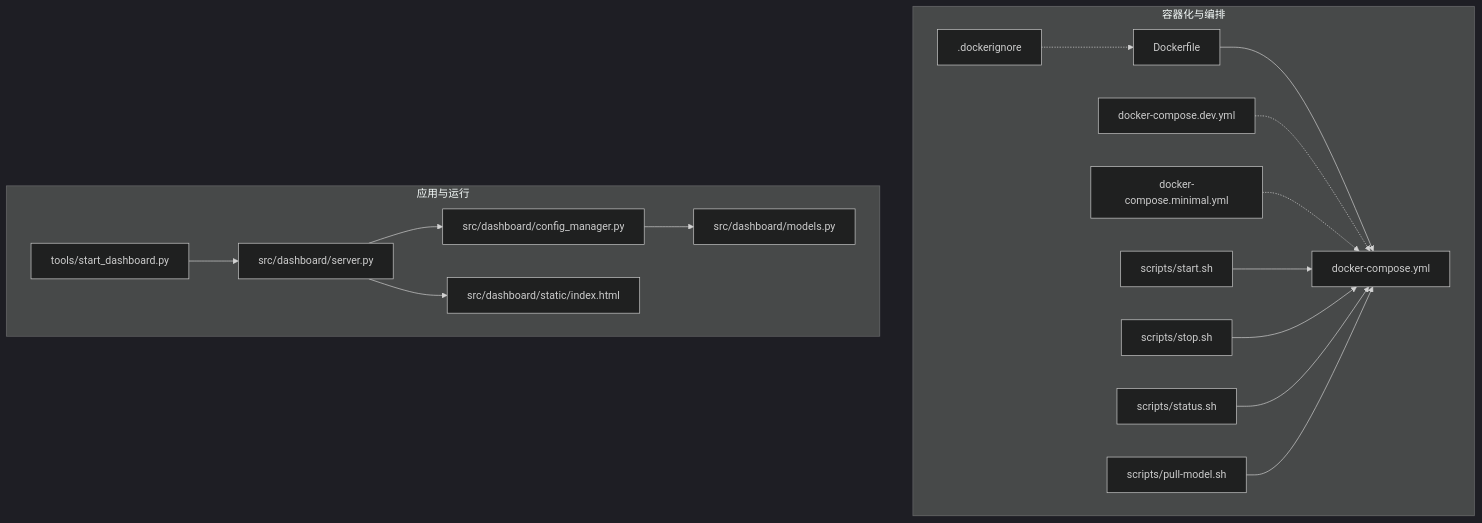
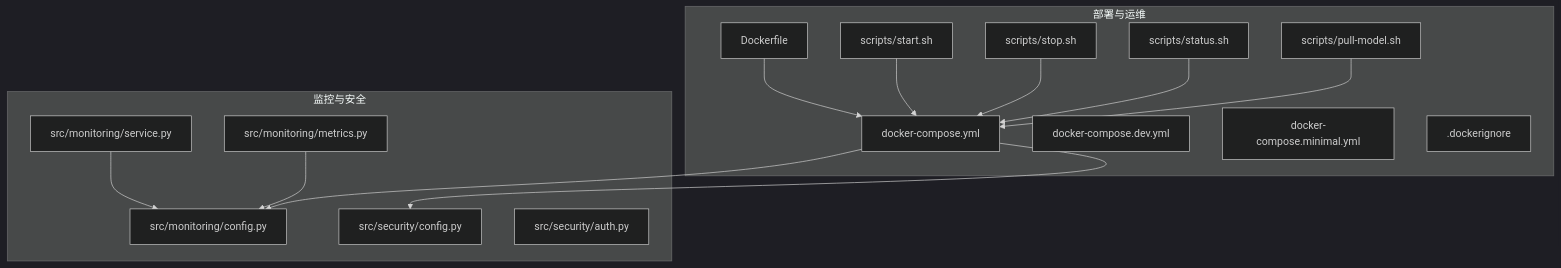
The first of 6 diagrams in .qoder/repowiki/zh/content/部署与运维/部署与运维.md (JieGaoPrinceton/NecoRAG), drawn with Mermaid (dark theme) before and after one commit. The commit also changed other lines of this file and 181 other files, not shown here.

````diff
--- a/.qoder/repowiki/zh/content/部署与运维/部署与运维.md
+++ b/.qoder/repowiki/zh/content/部署与运维/部署与运维.md
@@ -41,33 +51,30 @@
 ```mermaid
 graph TB
-subgraph "容器化与编排"
+subgraph "部署与运维"
 DF["Dockerfile"]
 DC["docker-compose.yml"]
 DCD["docker-compose.dev.yml"]
 DCM["docker-compose.minimal.yml"]
-DI[".dockerignore"]
-SHS["scripts/start.sh"]
-SHP["scripts/stop.sh"]
-SHU["scripts/status.sh"]
-SHL["scripts/pull-model.sh"]
+DK[".dockerignore"]
+S1["scripts/start.sh"]
+S2["scripts/stop.sh"]
+S3["scripts/status.sh"]
+S4["scripts/pull-model.sh"]
 end
-subgraph "应用与运行"
-SD["tools/start_dashboard.py"]
-SV["src/dashboard/server.py"]
-CM["src/dashboard/config_manager.py"]
-MD["src/dashboard/models.py"]
-UI["src/dashboard/static/index.html"]
+subgraph "监控与安全"
+MC["src/monitoring/config.py"]
+MS["src/monitoring/service.py"]
+MM["src/monitoring/metrics.py"]
+SC["src/security/config.py"]
+SA["src/security/auth.py"]
 end
 DF --> DC
-DCD -.-> DC
-DCM -.-> DC
-DI -.-> DF
-SHS --> DC
-SHP --> DC
-SHU --> DC
-SHL --> DC
-SD --> SV
-SV --> CM
-CM --> MD
-SV --> UI
+DC --> MC
+DC --> SC
+S1 --> DC
+S2 --> DC
+S3 --> DC
+S4 --> DC
+MS --> MC
+MM --> MC
 ```
````
